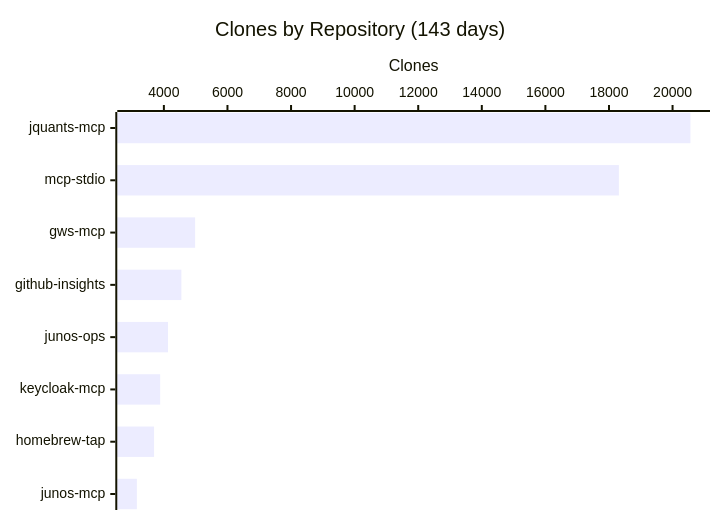
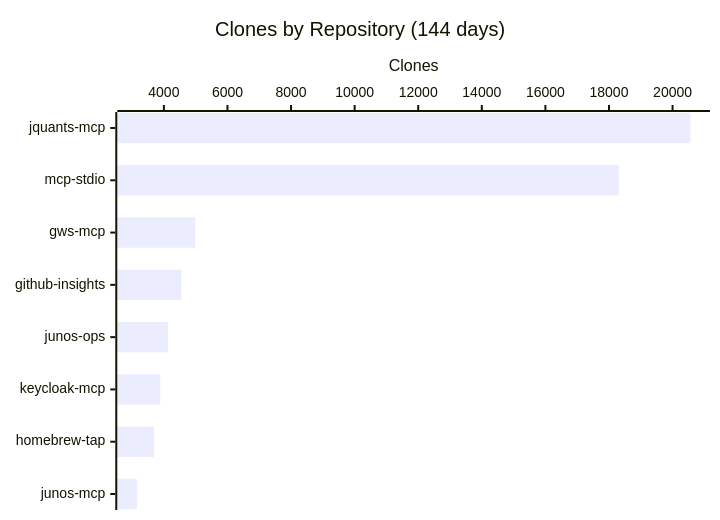
Before and after one commit to shigechika/github-insights: the fourth of 4 diagrams in README.md, drawn with Mermaid. The commit also changed other lines of this file and 2 other files, not shown here.

````diff
--- a/README.md
+++ b/README.md
@@ -58,7 +58,7 @@
 ```mermaid
 xychart-beta horizontal
-    title "Clones by Repository (143 days)"
+    title "Clones by Repository (144 days)"
     x-axis ["jquants-mcp", "mcp-stdio", "gws-mcp", "github-insights", "junos-ops", "keycloak-mcp", "homebrew-tap", "junos-mcp"]
     y-axis "Clones"
     bar [20562, 18312, 4983, 4551, 4130, 3883, 3691, 3150]
 ```
````
